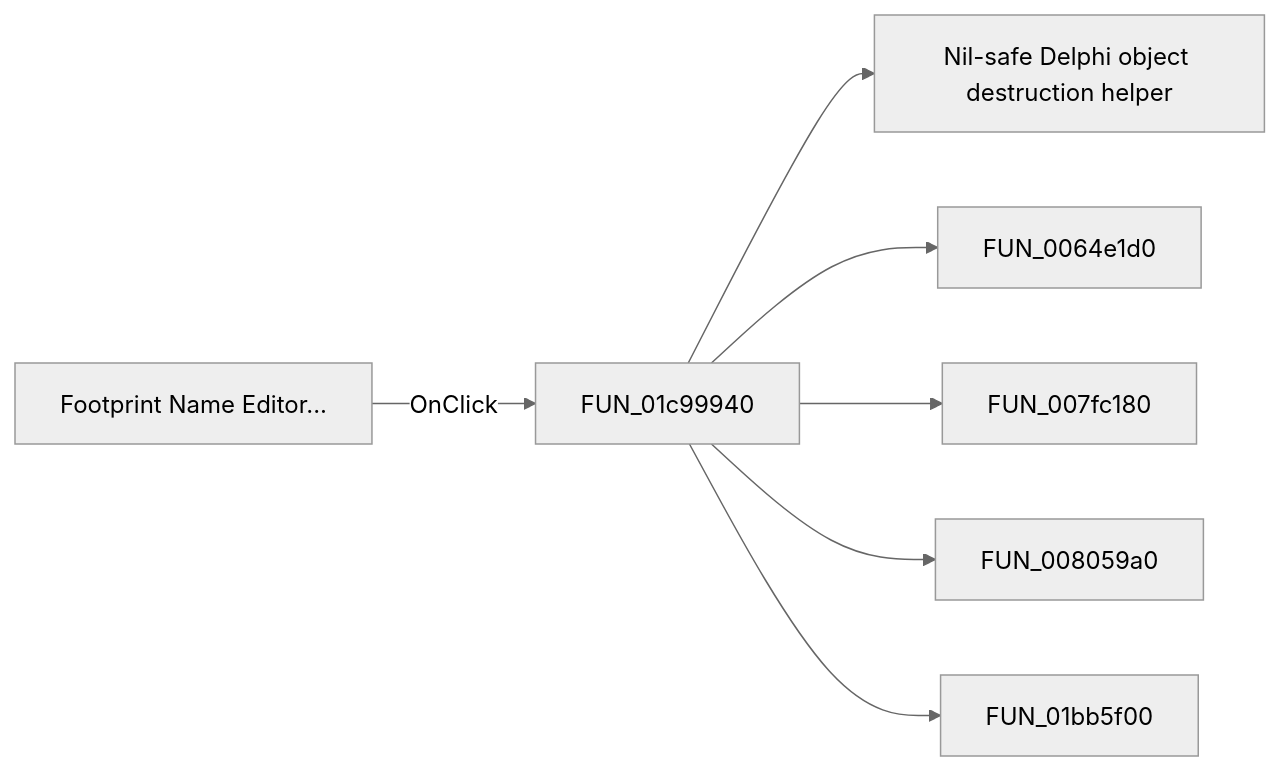
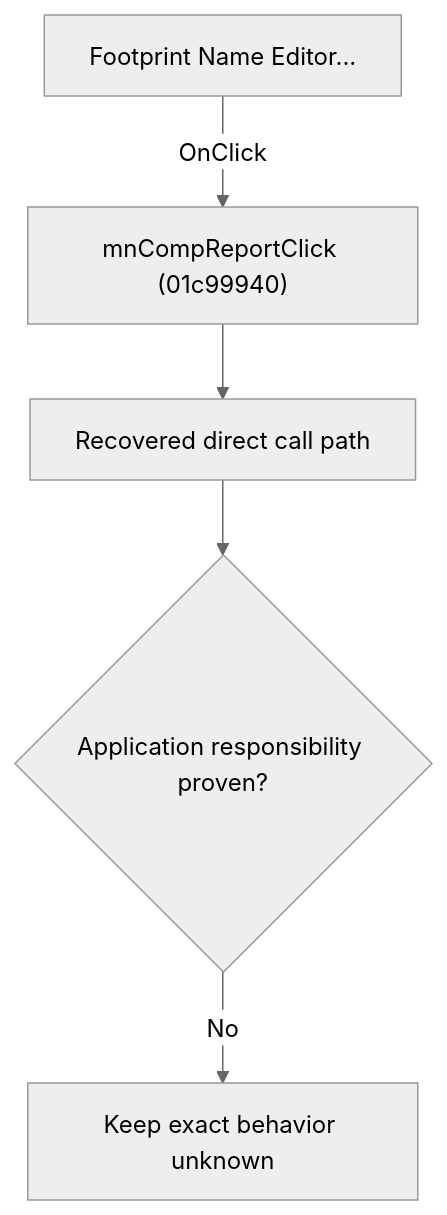
One commit to MovGP0/TIARA changed the diagram in docs/ui-controls/schematiceditor/mncompreport-e165b2a0d1.md. Above: the diagram before and after it, drawn with Mermaid (neutral theme). The commit also changed other lines of this file and 1062 other files, not shown here.

````diff
--- a/docs/ui-controls/schematiceditor/mncompreport-e165b2a0d1.md
+++ b/docs/ui-controls/schematiceditor/mncompreport-e165b2a0d1.md
@@ -27,9 +27,7 @@
 ```mermaid
-flowchart LR
-    control["Footprint Name Editor..."] -->|OnClick| handler["FUN_01c99940"]
-    handler --> call1["Nil-safe Delphi object destruction helper"]
-    handler --> call2["FUN_0064e1d0"]
-    handler --> call3["FUN_007fc180"]
-    handler --> call4["FUN_008059a0"]
-    handler --> call5["FUN_01bb5f00"]
+flowchart TD
+    control["Footprint Name Editor..."] -->|"OnClick"| handler["mnCompReportClick (01c99940)"]
+    handler --> recovered["Recovered direct call path"]
+    recovered --> gap{"Application responsibility proven?"}
+    gap -->|"No"| blocked["Keep exact behavior unknown"]
 ```
````
